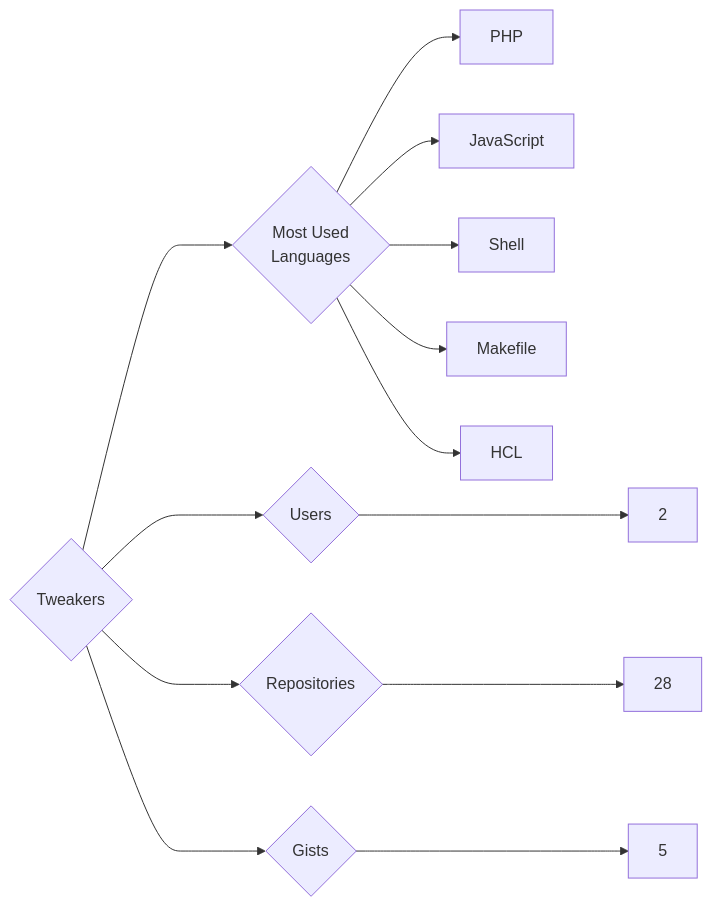
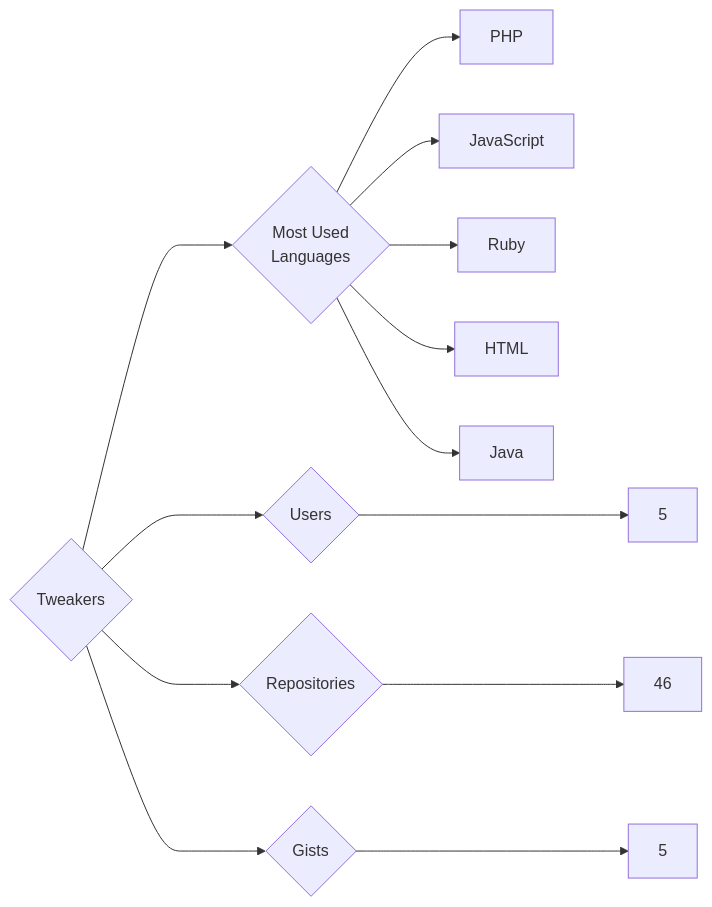
One commit to trickest/insiders changed the diagram in targets/Tweakers/README.md. Above: the diagram before and after it, drawn with Mermaid. The commit also changed 770 other files, not shown here.

````diff
--- a/targets/Tweakers/README.md
+++ b/targets/Tweakers/README.md
@@ -3,13 +3,13 @@
 ```mermaid
 graph LR
 COMPANY_NAME{Tweakers}
-COMPANY_NAME ---> U{Users} ---> UN[2]
-COMPANY_NAME ---> R{Repositories} ---> RN[28]
+COMPANY_NAME ---> U{Users} ---> UN[5]
+COMPANY_NAME ---> R{Repositories} ---> RN[46]
 COMPANY_NAME ---> G{Gists} ---> GN[5]
 COMPANY_NAME ---> ML{Most Used<br>Languages}
 ML --> PHP[PHP]
 ML --> JavaScript[JavaScript]
-ML --> Shell[Shell]
-ML --> Makefile[Makefile]
-ML --> HCL[HCL]
+ML --> Ruby[Ruby]
+ML --> HTML[HTML]
+ML --> Java[Java]
 ```
````
